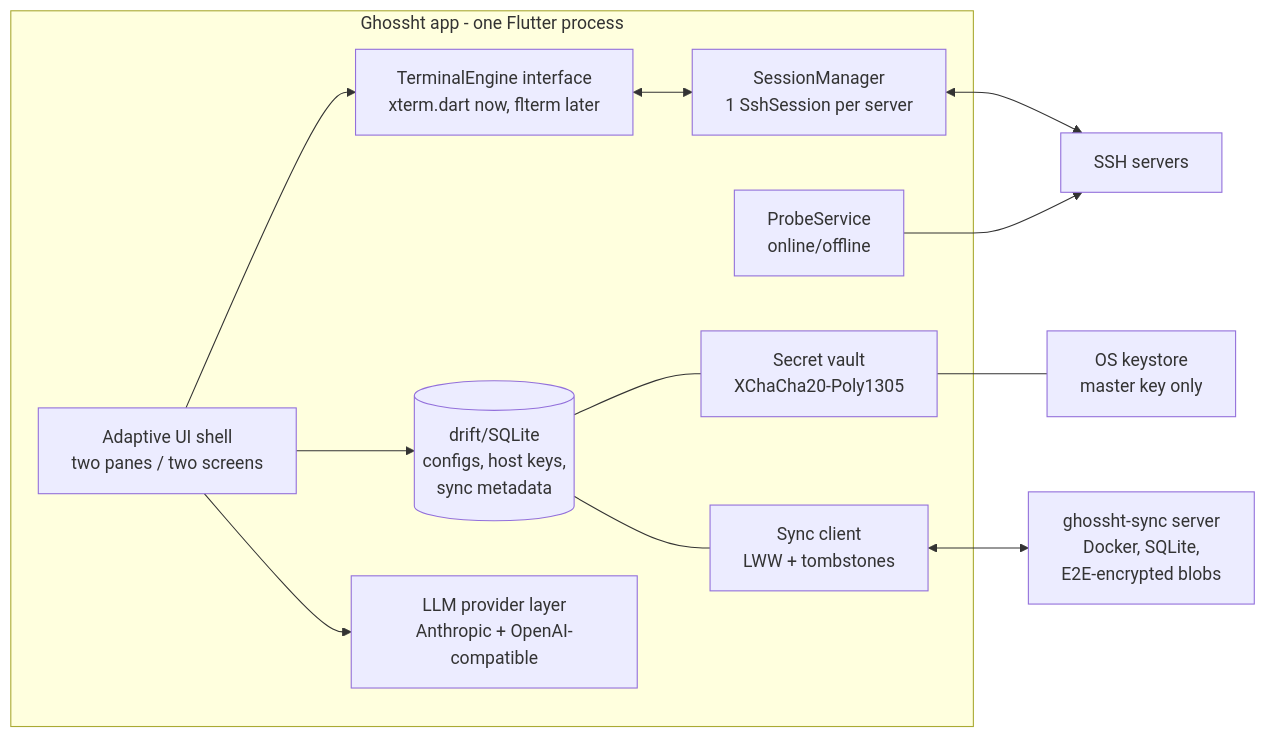
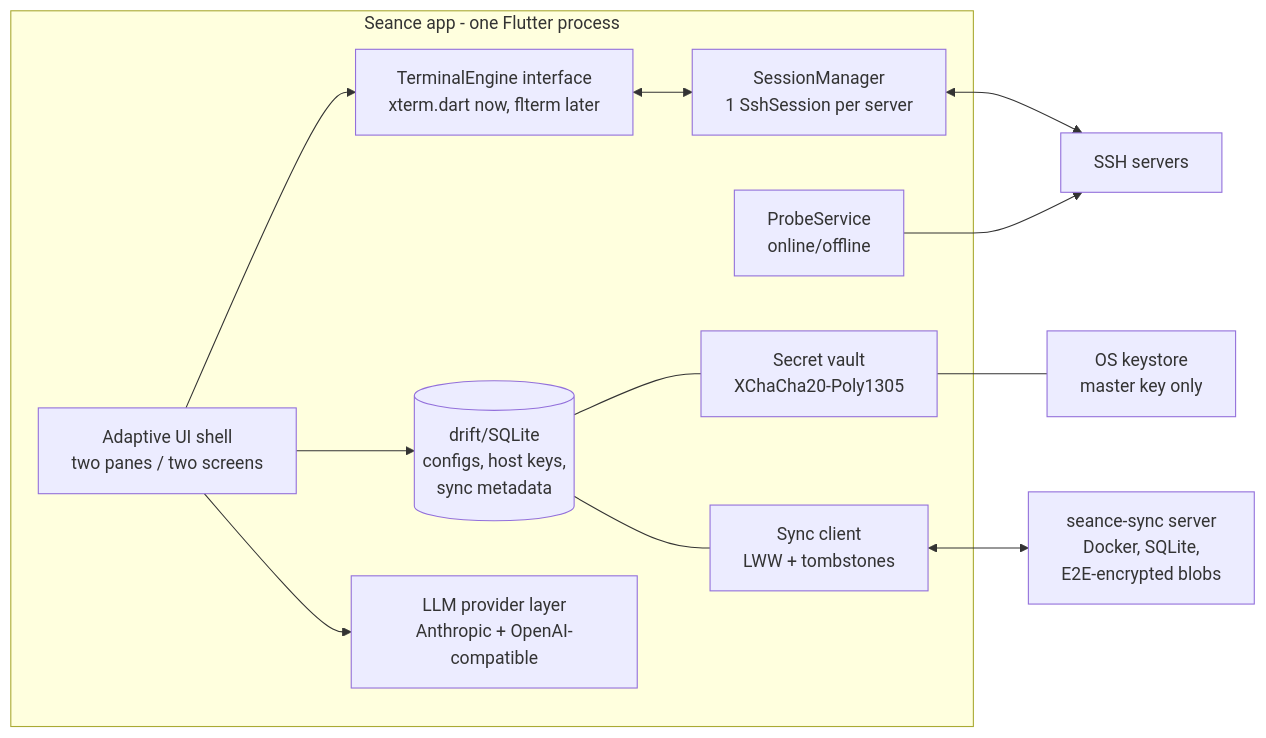
Before and after one commit to L-K-M/Seance: the diagram in PROPOSAL.md, drawn with Mermaid. The commit also changed other lines of this file and 1 other file, not shown here.

````diff
--- a/PROPOSAL.md
+++ b/PROPOSAL.md
@@ -89,27 +90,27 @@
 ```mermaid
 flowchart LR
-    subgraph app [Ghossht app - one Flutter process]
+    subgraph app [Seance app - one Flutter process]
         UI[Adaptive UI shell\ntwo panes / two screens]
         TE[TerminalEngine interface\nxterm.dart now, flterm later]
         SM[SessionManager\n1 SshSession per server]
         PS[ProbeService\nonline/offline]
         DB[(drift/SQLite\nconfigs, host keys,\nsync metadata)]
         VAULT[Secret vault\nXChaCha20-Poly1305]
         SYNC[Sync client\nLWW + tombstones]
         LLM[LLM provider layer\nAnthropic + OpenAI-compatible]
     end
     KS[OS keystore\nmaster key only]
-    SRV[ghossht-sync server\nDocker, SQLite,\nE2E-encrypted blobs]
+    SRV[seance-sync server\nDocker, SQLite,\nE2E-encrypted blobs]
     HOSTS[SSH servers]
 
     UI --> TE
     TE <--> SM
     SM <--> HOSTS
     PS --> HOSTS
     UI --> DB
     DB --- VAULT
     VAULT --- KS
     SYNC <--> SRV
     DB --- SYNC
     UI --> LLM
 ```
````
